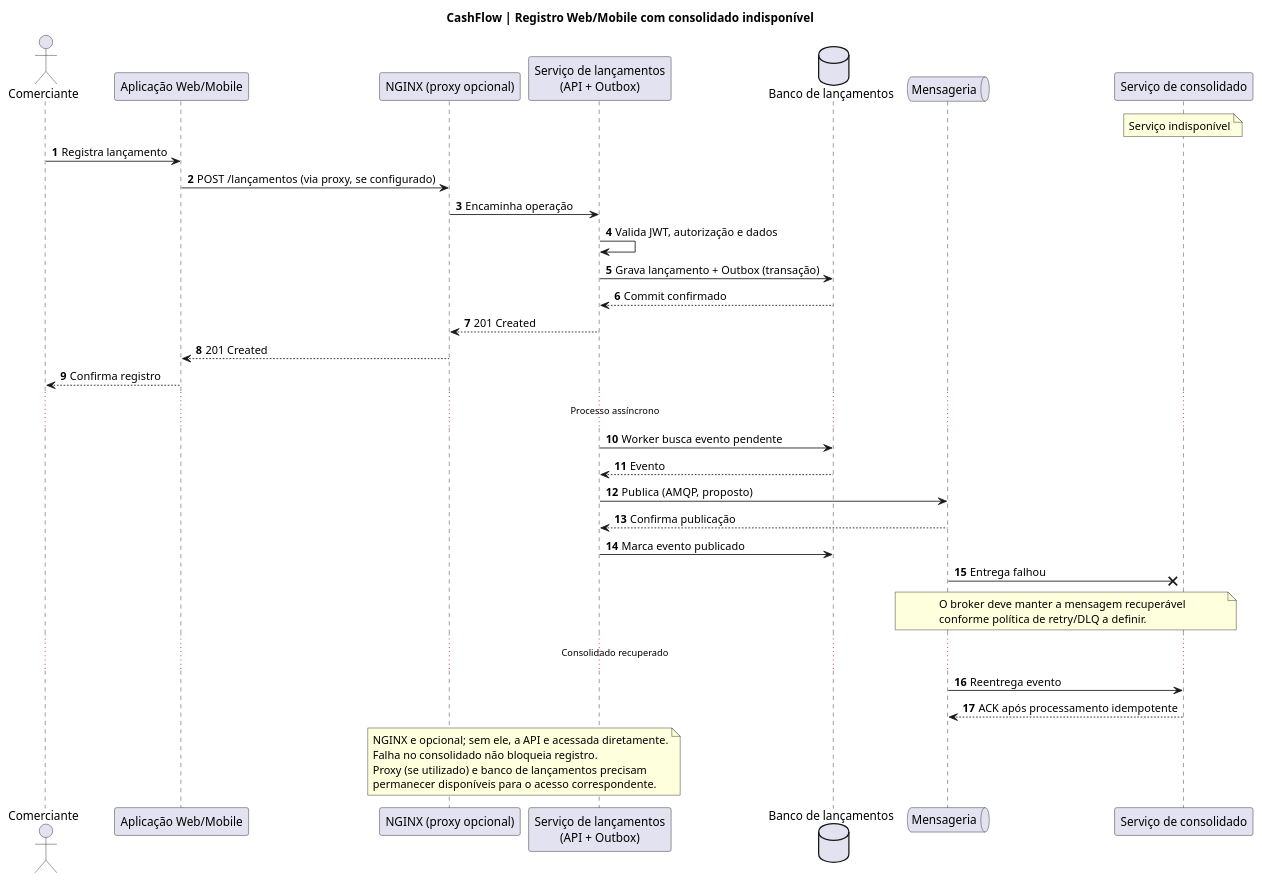
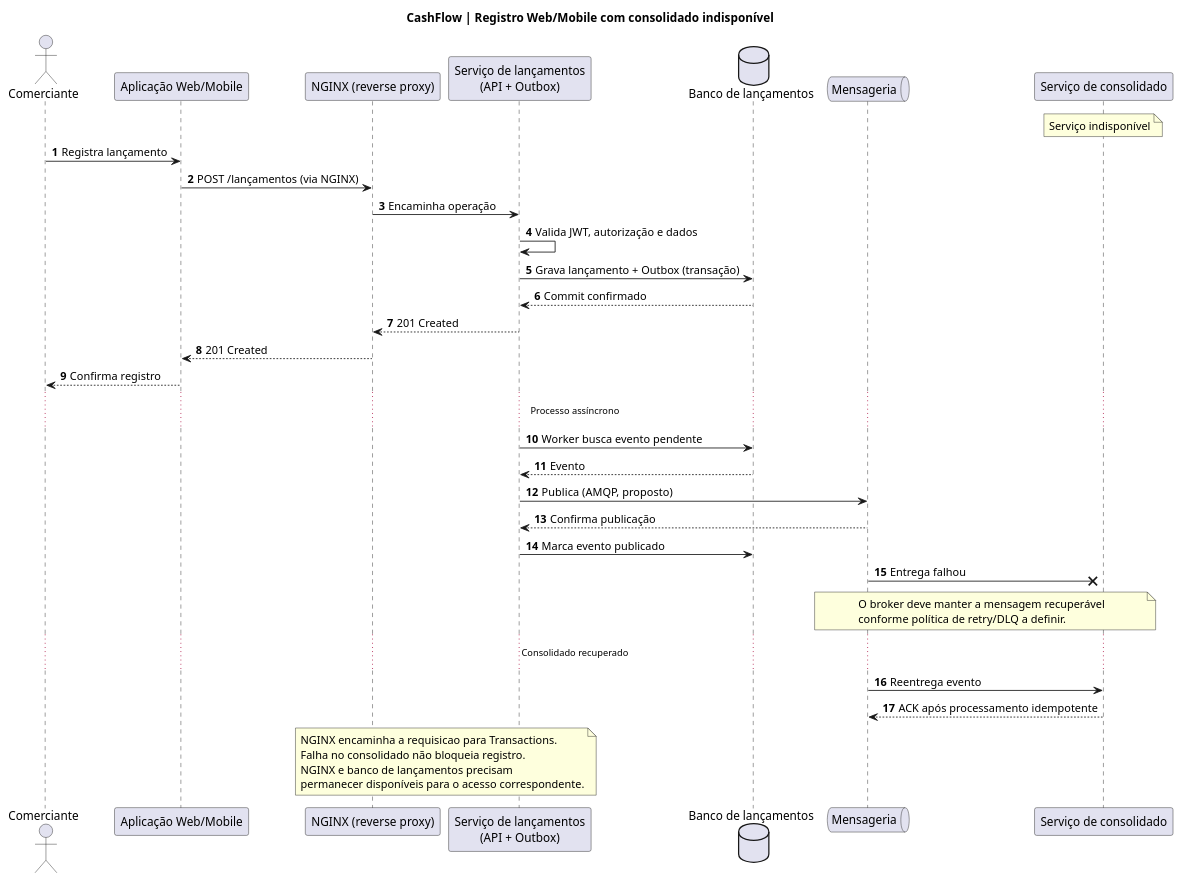
One commit to wolwerr/CashFlow-Architecture changed the diagram in docs/architecture/plantuml/sequence-failure.puml. Above: the diagram before and after it, drawn with PlantUML.

Commit message:
docs(architecture): make NGINX mandatory reverse proxy in MVP, keep dedicated gateway future (#7)

```diff
--- a/docs/architecture/plantuml/sequence-failure.puml
+++ b/docs/architecture/plantuml/sequence-failure.puml
@@ -1,41 +1,41 @@
 @startuml CashFlow_Consolidation_Failure
 title CashFlow | Registro Web/Mobile com consolidado indisponível
 autonumber
 actor Comerciante
 participant "Aplicação Web/Mobile" as W
-participant "NGINX (proxy opcional)" as G
+participant "NGINX (reverse proxy)" as G
 participant "Serviço de lançamentos\n(API + Outbox)" as L
 database "Banco de lançamentos" as BL
 queue "Mensageria" as M
 participant "Serviço de consolidado" as C
 note over C: Serviço indisponível
 Comerciante -> W: Registra lançamento
-W -> G: POST /lançamentos (via proxy, se configurado)
+W -> G: POST /lançamentos (via NGINX)
 G -> L: Encaminha operação
 L -> L: Valida JWT, autorização e dados
 L -> BL: Grava lançamento + Outbox (transação)
 BL --> L: Commit confirmado
 L --> G: 201 Created
 G --> W: 201 Created
 W --> Comerciante: Confirma registro
 ... Processo assíncrono ...
 L -> BL: Worker busca evento pendente
 BL --> L: Evento
 L -> M: Publica (AMQP, proposto)
 M --> L: Confirma publicação
 L -> BL: Marca evento publicado
 M ->x C: Entrega falhou
 note over M,C
 O broker deve manter a mensagem recuperável
 conforme política de retry/DLQ a definir.
 end note
 ... Consolidado recuperado ...
 M -> C: Reentrega evento
 C --> M: ACK após processamento idempotente
 note over G,L
-NGINX e opcional; sem ele, a API e acessada diretamente.
+NGINX encaminha a requisicao para Transactions.
 Falha no consolidado não bloqueia registro.
-Proxy (se utilizado) e banco de lançamentos precisam
+NGINX e banco de lançamentos precisam
 permanecer disponíveis para o acesso correspondente.
 end note
 @enduml
```
